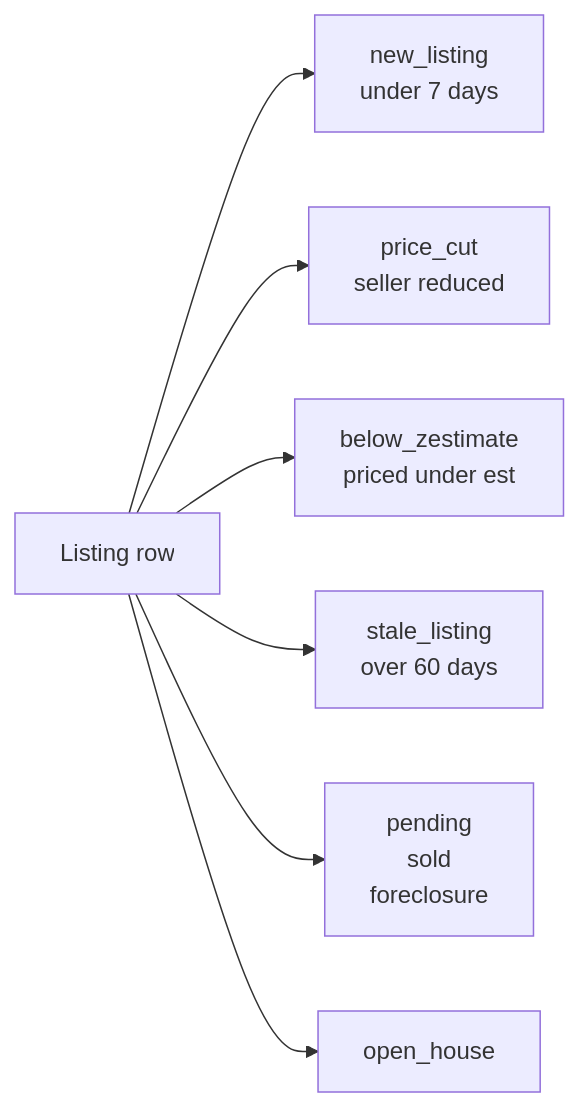
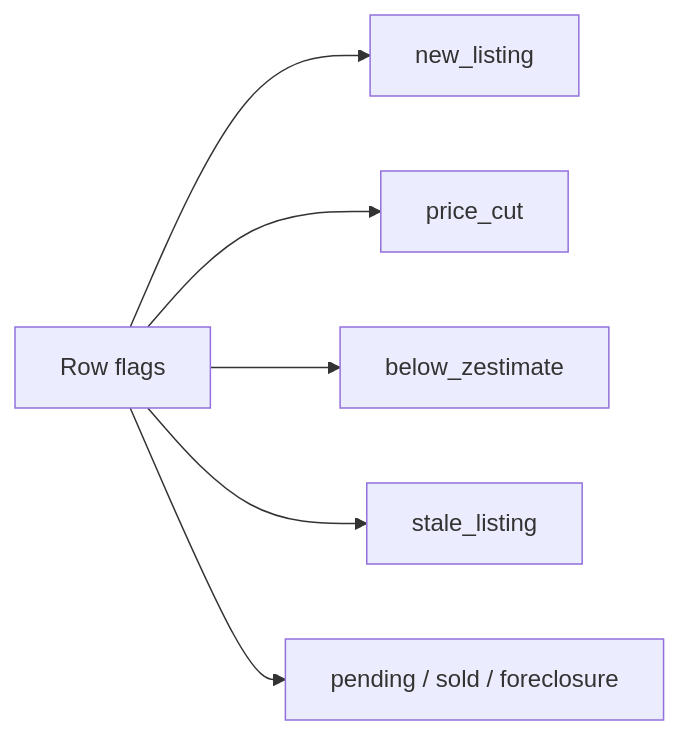
One commit to Ken-Mutisya/scrapemint changed the second of 2 diagrams in actors/zillow-home-price-scraper/README.md. Above: the diagram before and after it, drawn with Mermaid. The commit also changed other lines of this file, not shown here.

````diff
--- a/actors/zillow-home-price-scraper/README.md
+++ b/actors/zillow-home-price-scraper/README.md
@@ -85,9 +89,8 @@
 ```mermaid
 flowchart LR
-    A[Listing row] --> B[new_listing<br/>under 7 days]
-    A --> C[price_cut<br/>seller reduced]
-    A --> D[below_zestimate<br/>priced under est]
-    A --> E[stale_listing<br/>over 60 days]
-    A --> F[pending<br/>sold<br/>foreclosure]
-    A --> G[open_house]
+    A[Row flags] --> B[new_listing]
+    A --> C[price_cut]
+    A --> D[below_zestimate]
+    A --> E[stale_listing]
+    A --> F[pending / sold / foreclosure]
 ```
````
